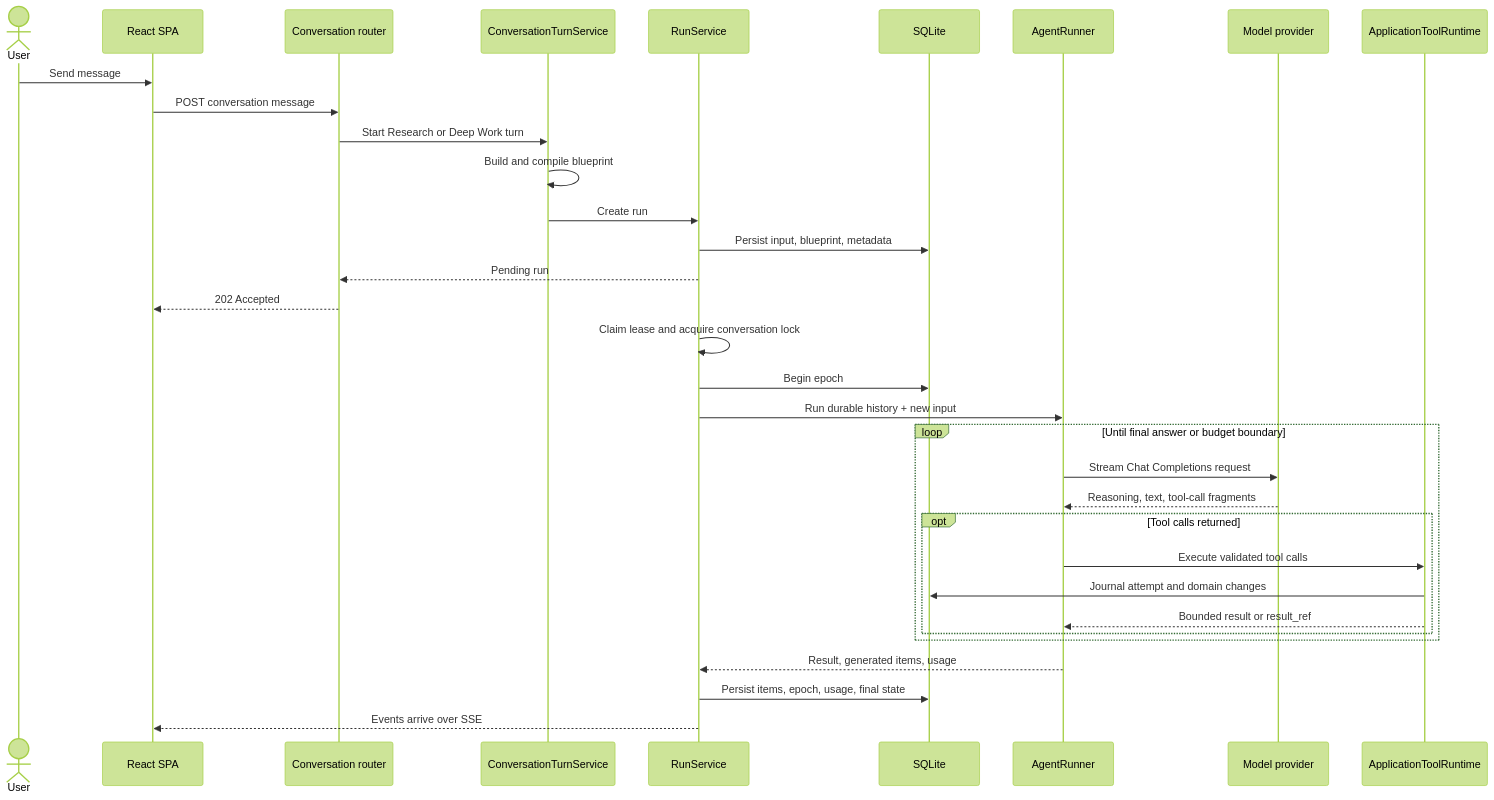
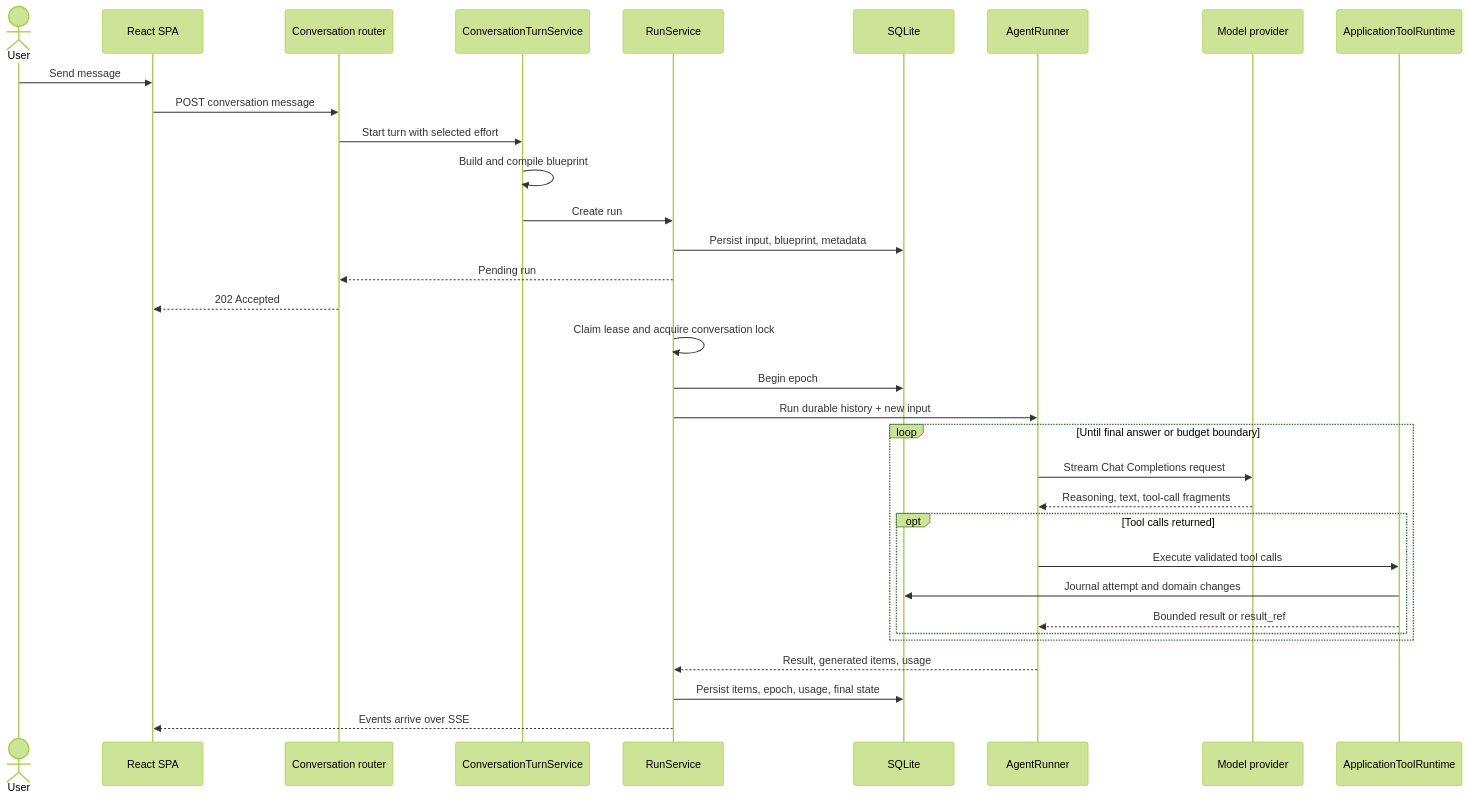
Before and after one commit to giridharmunagala/scholarweave: the fifth of 16 diagrams in docs/architecture.md, drawn with Mermaid (forest theme). The commit also changed other lines of this file and 95 other files, not shown here.

````diff
--- a/docs/architecture.md
+++ b/docs/architecture.md
@@ -172,39 +244,39 @@
 ```mermaid
 sequenceDiagram
     actor User
     participant UI as React SPA
     participant API as Conversation router
     participant Turns as ConversationTurnService
     participant Runs as RunService
     participant DB as SQLite
     participant Runner as AgentRunner
     participant Model as Model provider
     participant Tools as ApplicationToolRuntime
 
     User->>UI: Send message
     UI->>API: POST conversation message
-    API->>Turns: Start Research or Deep Work turn
+    API->>Turns: Start turn with selected effort
     Turns->>Turns: Build and compile blueprint
     Turns->>Runs: Create run
     Runs->>DB: Persist input, blueprint, metadata
     Runs-->>API: Pending run
     API-->>UI: 202 Accepted
 
     Runs->>Runs: Claim lease and acquire conversation lock
     Runs->>DB: Begin epoch
     Runs->>Runner: Run durable history + new input
 
     loop Until final answer or budget boundary
         Runner->>Model: Stream Chat Completions request
         Model-->>Runner: Reasoning, text, tool-call fragments
         opt Tool calls returned
             Runner->>Tools: Execute validated tool calls
             Tools->>DB: Journal attempt and domain changes
             Tools-->>Runner: Bounded result or result_ref
         end
     end
 
     Runner-->>Runs: Result, generated items, usage
     Runs->>DB: Persist items, epoch, usage, final state
     Runs-->>UI: Events arrive over SSE
 ```
````
